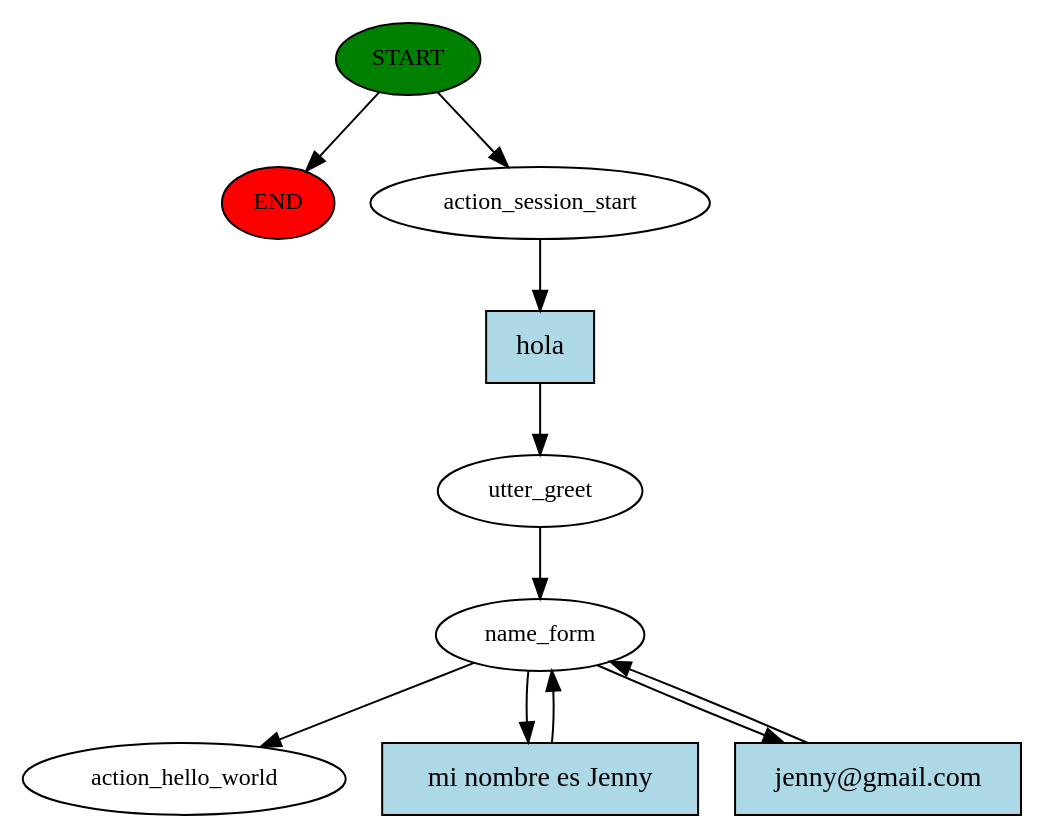
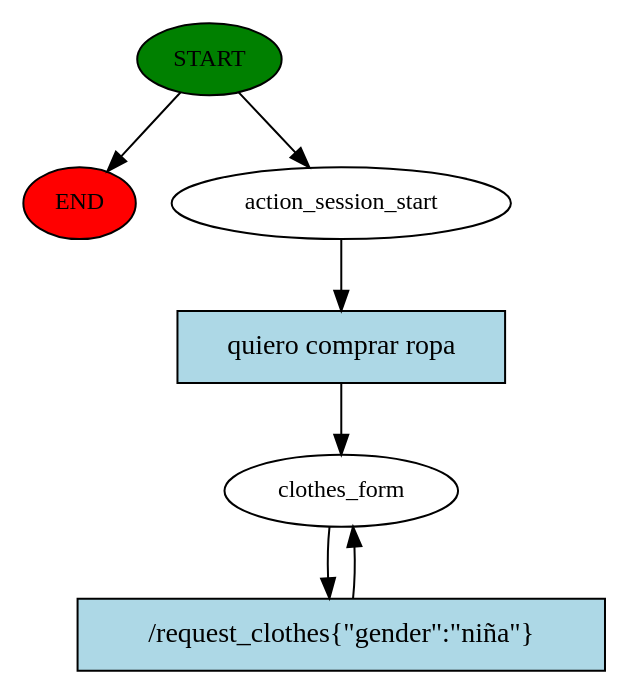
One commit to kabirivan/Ecommerce-Assistant-Jasmine changed the diagram in story_graph.dot. Above: the diagram before and after it, drawn with Graphviz. The commit also changed 4 other files, not shown here.

```diff
--- a/story_graph.dot
+++ b/story_graph.dot
@@ -1,21 +1,14 @@
 digraph  {
 0 [class="start active", fillcolor=green, fontsize=12, label=START, style=filled];
 "-1" [class=end, fillcolor=red, fontsize=12, label=END, style=filled];
 1 [class=active, fontsize=12, label=action_session_start];
-2 [class=active, fontsize=12, label=utter_greet];
-3 [class=active, fontsize=12, label=name_form];
-6 [class="dashed active", fontsize=12, label=action_hello_world];
-7 [class="intent active", fillcolor=lightblue, label=hola, shape=rect, style=filled];
-8 [class="intent active", fillcolor=lightblue, label="mi nombre es Jenny", shape=rect, style=filled];
-9 [class="intent active", fillcolor=lightblue, label="jenny@gmail.com", shape=rect, style=filled];
+2 [class="active dashed", fontsize=12, label=clothes_form];
+4 [class="intent active", fillcolor=lightblue, label="quiero comprar ropa", shape=rect, style=filled];
+5 [class="intent active", fillcolor=lightblue, label="/request_clothes{\"gender\":\"niña\"}", shape=rect, style=filled];
 0 -> "-1"  [class="", key=NONE, label=""];
 0 -> 1  [class=active, key=NONE, label=""];
-1 -> 7  [class=active, key=0];
-2 -> 3  [class=active, key=NONE, label=""];
-3 -> 6  [class=active, key=NONE, label=""];
-3 -> 8  [class=active, key=0];
-3 -> 9  [class=active, key=0];
-7 -> 2  [class=active, key=0];
-8 -> 3  [class=active, key=0];
-9 -> 3  [class=active, key=0];
+1 -> 4  [class=active, key=0];
+2 -> 5  [class=active, key=0];
+4 -> 2  [class=active, key=0];
+5 -> 2  [class=active, key=0];
 }
```
